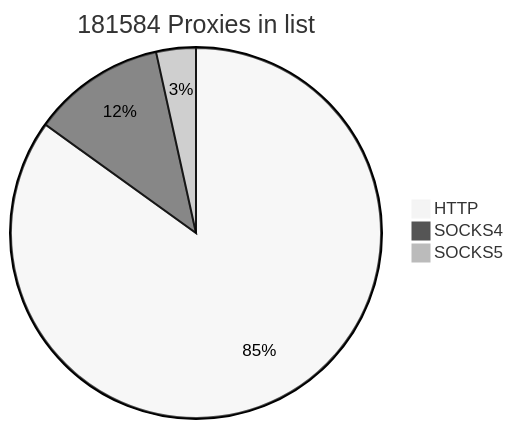
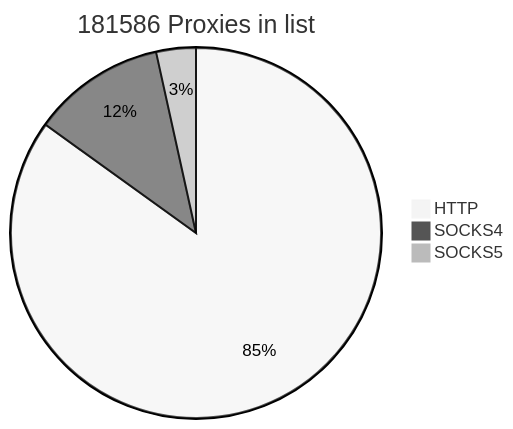
Before and after one commit to cutipu/proxylist: the first of 2 diagrams in README.md, drawn with Mermaid (neutral theme). The commit also changed other lines of this file, not shown here.

````diff
--- a/README.md
+++ b/README.md
@@ -2,7 +2,7 @@
 ```mermaid
-pie title 181584 Proxies in list
+pie title 181586 Proxies in list
     "HTTP" : 154228
-    "SOCKS4" : 21075
-    "SOCKS5" : 6281
+    "SOCKS4" : 21080
+    "SOCKS5" : 6278
             
 ```
````
